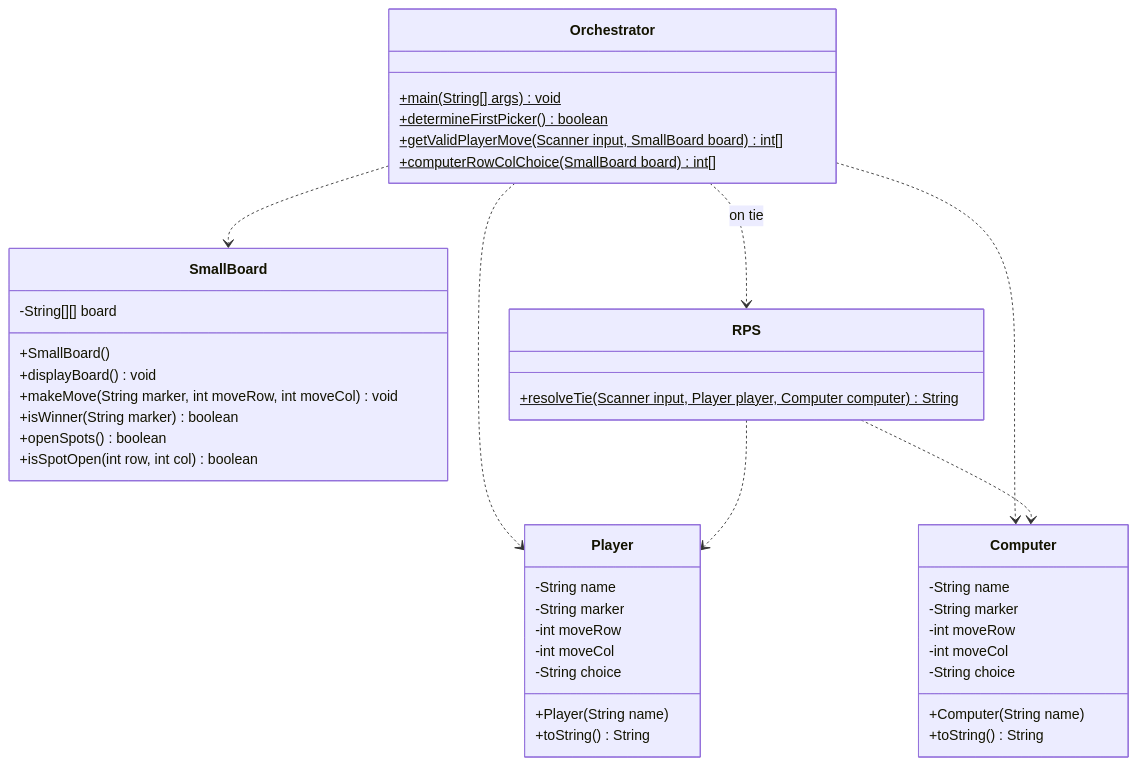
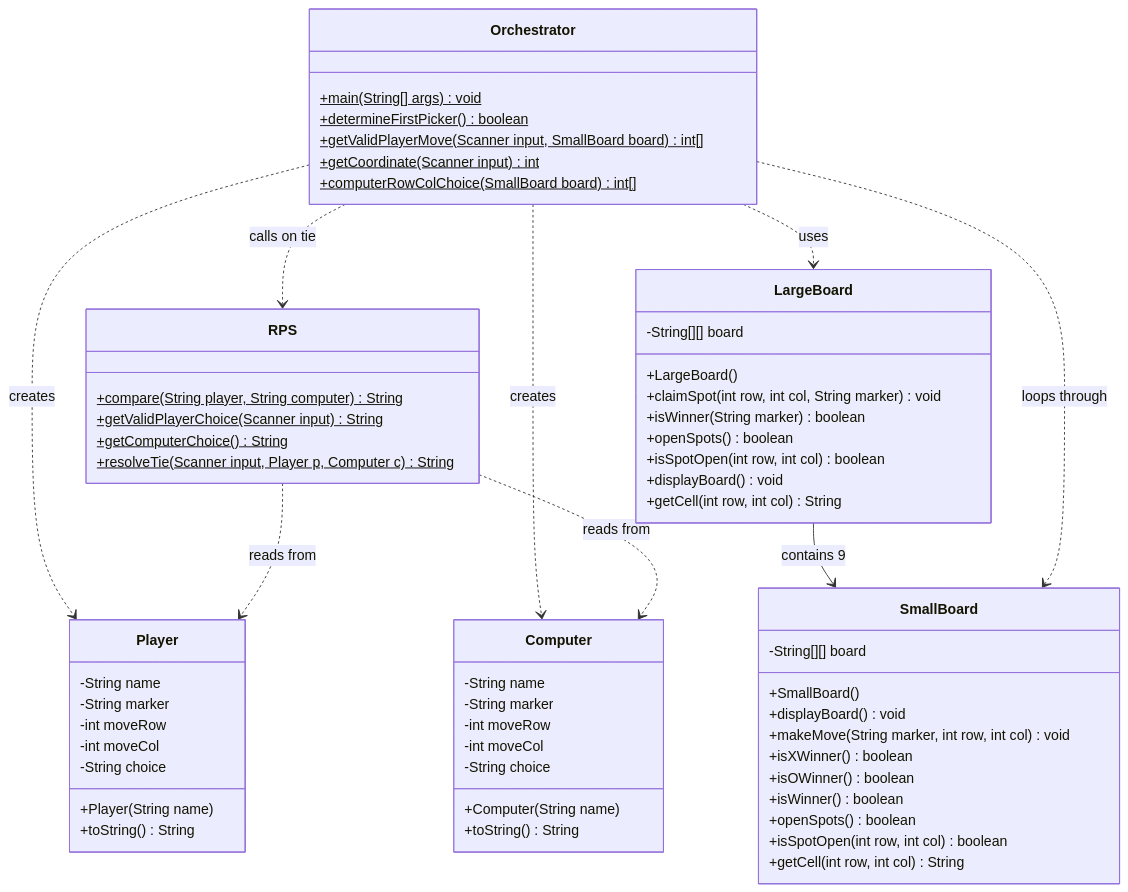
One commit to pvukkalk/Project1 changed the diagram in README.md. Above: the diagram before and after it, drawn with Mermaid.

````diff
--- a/README.md
+++ b/README.md
@@ -43,50 +43,70 @@
 ```mermaid
 classDiagram
     class Player {
         -String name
         -String marker
         -int moveRow
         -int moveCol
         -String choice
         +Player(String name)
         +toString() String
     }
 
     class Computer {
         -String name
         -String marker
         -int moveRow
         -int moveCol
         -String choice
         +Computer(String name)
         +toString() String
     }
 
     class SmallBoard {
         -String[][] board
         +SmallBoard()
         +displayBoard() void
-        +makeMove(String marker, int moveRow, int moveCol) void
+        +makeMove(String marker, int row, int col) void
+        +isXWinner() boolean
+        +isOWinner() boolean
+        +isWinner() boolean
+        +openSpots() boolean
+        +isSpotOpen(int row, int col) boolean
+        +getCell(int row, int col) String
+    }
+
+    class LargeBoard {
+        -String[][] board
+        +LargeBoard()
+        +claimSpot(int row, int col, String marker) void
         +isWinner(String marker) boolean
         +openSpots() boolean
         +isSpotOpen(int row, int col) boolean
+        +displayBoard() void
+        +getCell(int row, int col) String
     }
 
     class RPS {
-        +resolveTie(Scanner input, Player player, Computer computer) String$
+        +compare(String player, String computer) String$
+        +getValidPlayerChoice(Scanner input) String$
+        +getComputerChoice() String$
+        +resolveTie(Scanner input, Player p, Computer c) String$
     }
 
     class Orchestrator {
         +main(String[] args) void$
         +determineFirstPicker() boolean$
         +getValidPlayerMove(Scanner input, SmallBoard board) int[]$
+        +getCoordinate(Scanner input) int$
         +computerRowColChoice(SmallBoard board) int[]$
     }
 
-    Orchestrator ..> Player
-    Orchestrator ..> Computer
-    Orchestrator ..> SmallBoard
-    Orchestrator ..> RPS : on tie
-    RPS ..> Player
-    RPS ..> Computer
+    LargeBoard --> SmallBoard : contains 9
+    Orchestrator ..> Player : creates
+    Orchestrator ..> Computer : creates
+    Orchestrator ..> LargeBoard : uses
+    Orchestrator ..> SmallBoard : loops through
+    Orchestrator ..> RPS : calls on tie
+    RPS ..> Player : reads from
+    RPS ..> Computer : reads from
 ```
````
